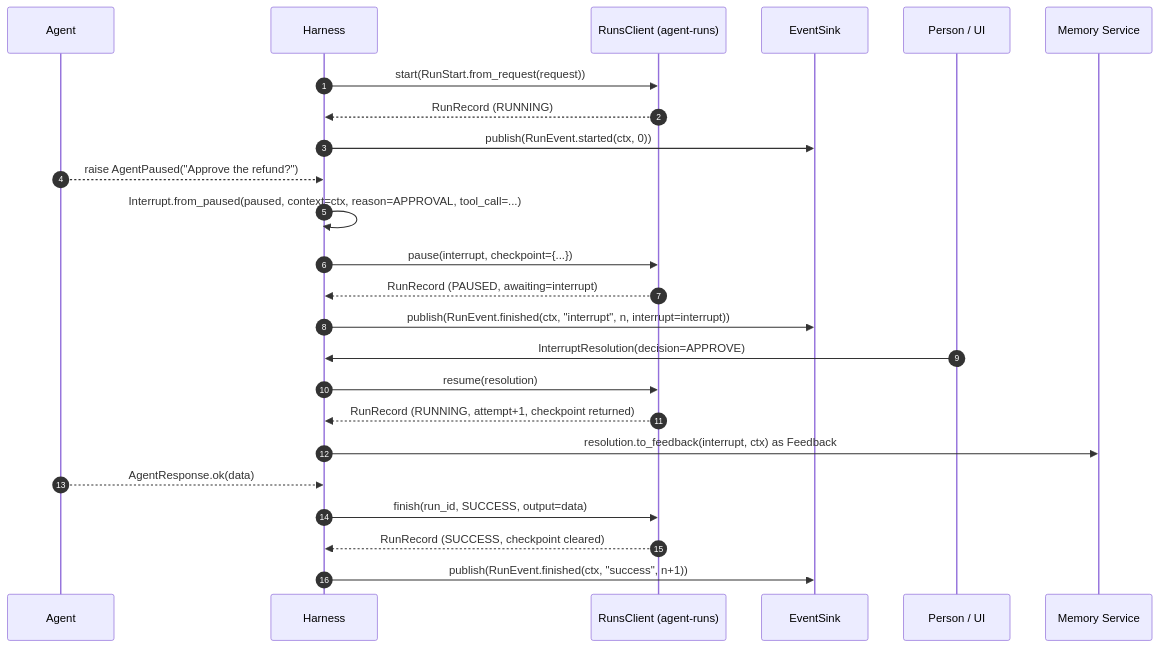
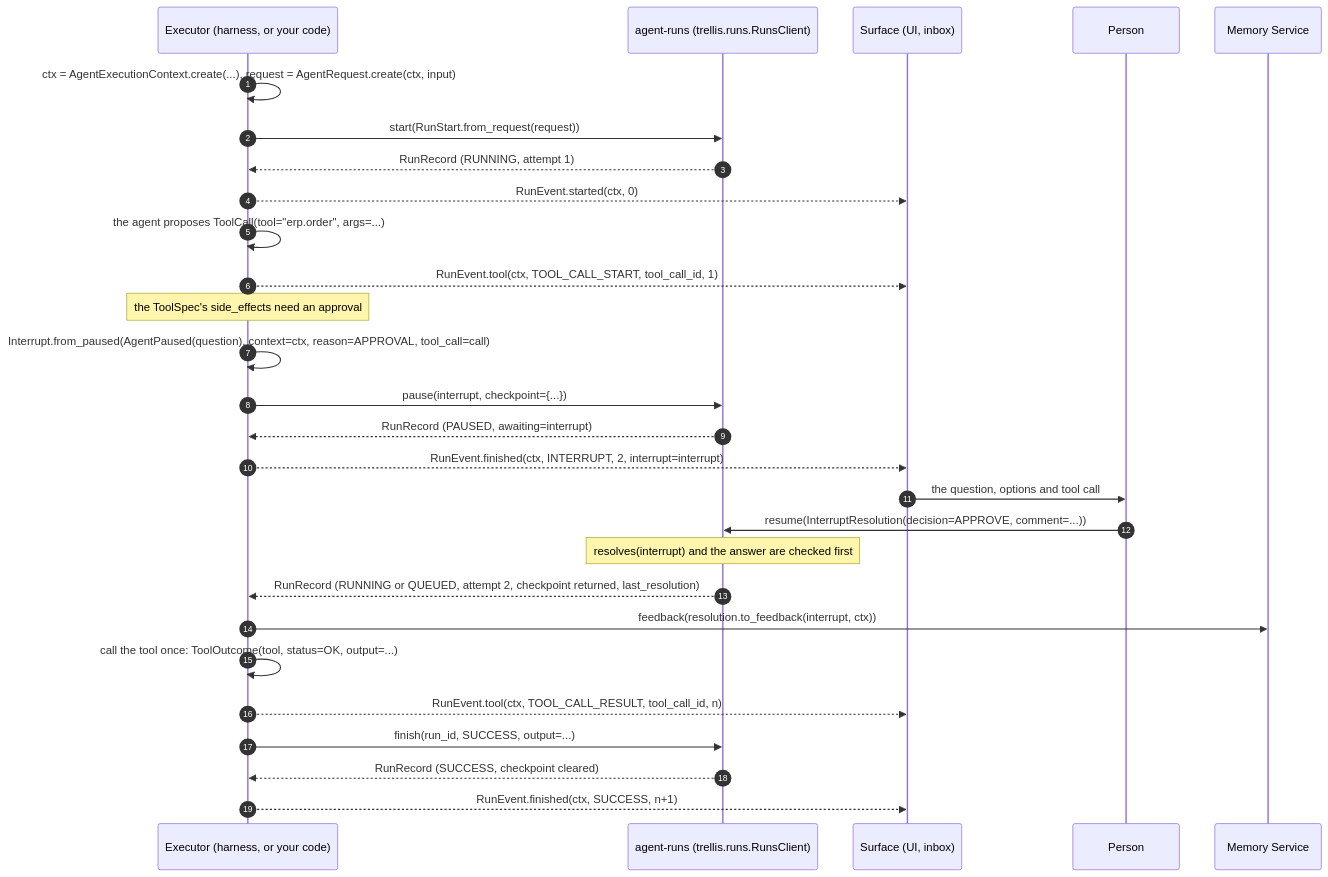
Before and after one commit to amitmohapatra/agent-contracts: the sixth of 12 diagrams in docs/ARCHITECTURE.md, drawn with Mermaid. The commit also changed other lines of this file and 24 other files, not shown here.

First line of the commit message:
Docs and examples: Start here, architecture and record lifecycle, API, config, ADR index, runnable examples (#9)

````diff
--- a/docs/ARCHITECTURE.md
+++ b/docs/ARCHITECTURE.md
@@ -195,27 +231,31 @@
 ```mermaid
 sequenceDiagram
   autonumber
-  participant A as Agent
-  participant H as Harness
-  participant S as RunsClient (agent-runs)
-  participant E as EventSink
-  participant P as Person / UI
+  participant X as Executor (harness, or your code)
+  participant R as agent-runs (trellis.runs.RunsClient)
+  participant UI as Surface (UI, inbox)
+  participant P as Person
   participant M as Memory Service
 
-  H->>S: start(RunStart.from_request(request))
-  S-->>H: RunRecord (RUNNING)
-  H->>E: publish(RunEvent.started(ctx, 0))
-  A-->>H: raise AgentPaused("Approve the refund?")
-  H->>H: Interrupt.from_paused(paused, context=ctx, reason=APPROVAL, tool_call=...)
-  H->>S: pause(interrupt, checkpoint={...})
-  S-->>H: RunRecord (PAUSED, awaiting=interrupt)
-  H->>E: publish(RunEvent.finished(ctx, "interrupt", n, interrupt=interrupt))
-  P->>H: InterruptResolution(decision=APPROVE)
-  H->>S: resume(resolution)
-  S-->>H: RunRecord (RUNNING, attempt+1, checkpoint returned)
-  H->>M: resolution.to_feedback(interrupt, ctx) as Feedback
-  A-->>H: AgentResponse.ok(data)
-  H->>S: finish(run_id, SUCCESS, output=data)
-  S-->>H: RunRecord (SUCCESS, checkpoint cleared)
-  H->>E: publish(RunEvent.finished(ctx, "success", n+1))
+  X->>X: ctx = AgentExecutionContext.create(...), request = AgentRequest.create(ctx, input)
+  X->>R: start(RunStart.from_request(request))
+  R-->>X: RunRecord (RUNNING, attempt 1)
+  X-->>UI: RunEvent.started(ctx, 0)
+  X->>X: the agent proposes ToolCall(tool="erp.order", args=...)
+  X-->>UI: RunEvent.tool(ctx, TOOL_CALL_START, tool_call_id, 1)
+  Note over X: the ToolSpec's side_effects need an approval
+  X->>X: Interrupt.from_paused(AgentPaused(question), context=ctx, reason=APPROVAL, tool_call=call)
+  X->>R: pause(interrupt, checkpoint={...})
+  R-->>X: RunRecord (PAUSED, awaiting=interrupt)
+  X-->>UI: RunEvent.finished(ctx, INTERRUPT, 2, interrupt=interrupt)
+  UI->>P: the question, options and tool call
+  P->>R: resume(InterruptResolution(decision=APPROVE, comment=...))
+  Note over R: resolves(interrupt) and the answer are checked first
+  R-->>X: RunRecord (RUNNING or QUEUED, attempt 2, checkpoint returned, last_resolution)
+  X->>M: feedback(resolution.to_feedback(interrupt, ctx))
+  X->>X: call the tool once: ToolOutcome(tool, status=OK, output=...)
+  X-->>UI: RunEvent.tool(ctx, TOOL_CALL_RESULT, tool_call_id, n)
+  X->>R: finish(run_id, SUCCESS, output=...)
+  R-->>X: RunRecord (SUCCESS, checkpoint cleared)
+  X-->>UI: RunEvent.finished(ctx, SUCCESS, n+1)
 ```
````
